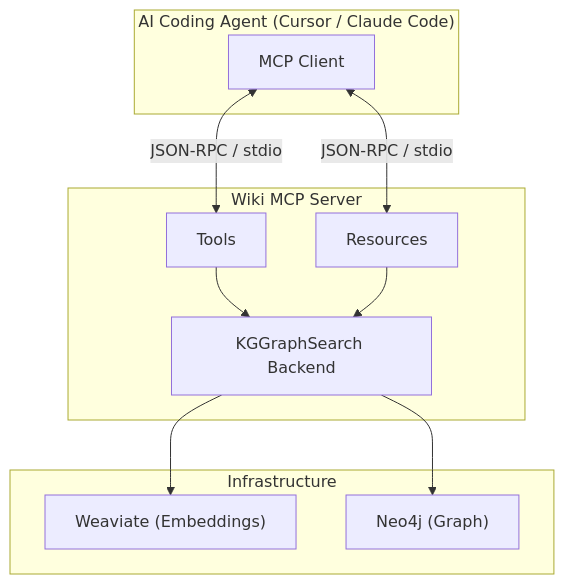
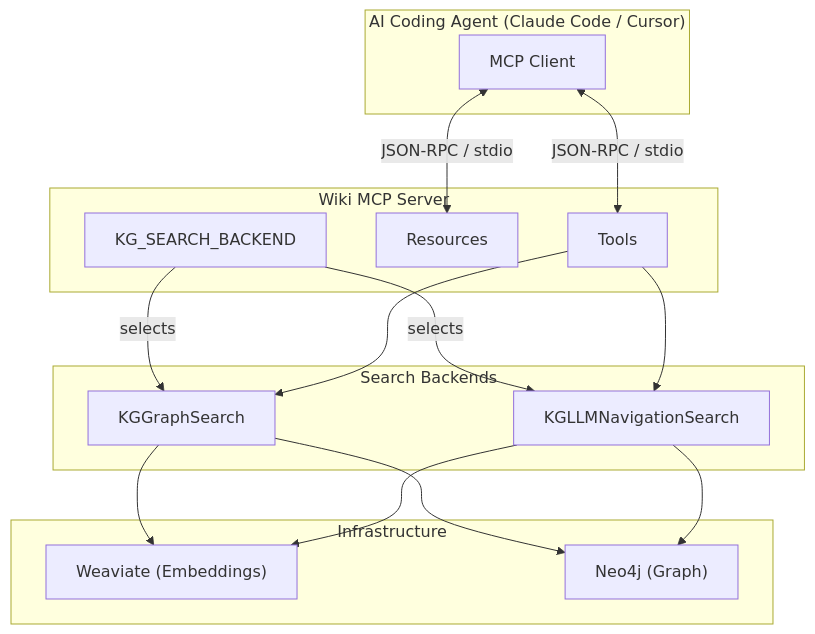
Before and after one commit to Leeroo-AI/kapso: the first of 3 diagrams in docs/components/wiki-mcp/overview.mdx, drawn with Mermaid. The commit also changed other lines of this file, not shown here.

````diff
--- a/docs/components/wiki-mcp/overview.mdx
+++ b/docs/components/wiki-mcp/overview.mdx
@@ -12,24 +12,33 @@
 ```mermaid
 flowchart TB
-    subgraph HOST["AI Coding Agent (Cursor / Claude Code)"]
+    subgraph HOST["AI Coding Agent (Claude Code / Cursor)"]
         CLIENT["MCP Client"]
     end
     
     subgraph SERVER["Wiki MCP Server"]
         TOOLS["Tools"]
         RES["Resources"]
-        BACKEND["KGGraphSearch Backend"]
+        ENV["KG_SEARCH_BACKEND"]
+    end
+    
+    subgraph BACKENDS["Search Backends"]
+        GS["KGGraphSearch"]
+        LN["KGLLMNavigationSearch"]
     end
     
     subgraph INFRA["Infrastructure"]
         WV["Weaviate (Embeddings)"]
         NEO["Neo4j (Graph)"]
     end
     
     CLIENT <-->|"JSON-RPC / stdio"| TOOLS
     CLIENT <-->|"JSON-RPC / stdio"| RES
-    TOOLS --> BACKEND
-    RES --> BACKEND
-    BACKEND --> WV
-    BACKEND --> NEO
+    ENV -->|"selects"| GS
+    ENV -->|"selects"| LN
+    TOOLS --> GS
+    TOOLS --> LN
+    GS --> WV
+    GS --> NEO
+    LN --> WV
+    LN --> NEO
 ```
````
